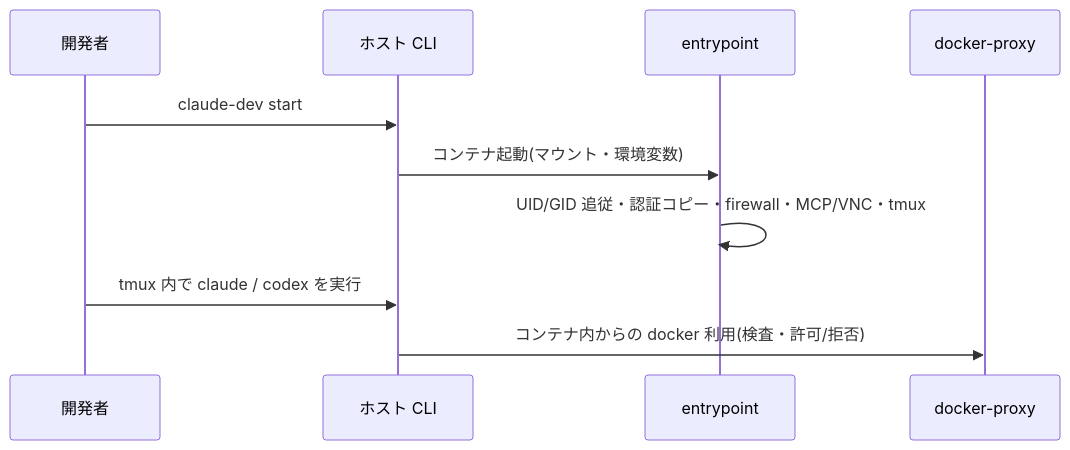
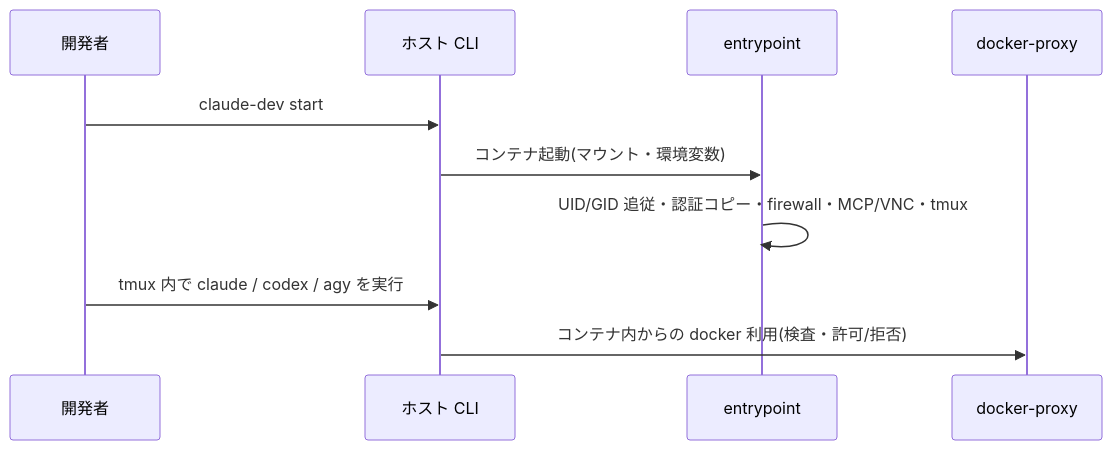
Before and after one commit to quvox/claude-dev-env: the second of 2 diagrams in docs/02-design/architecture.md, drawn with Mermaid. The commit also changed other lines of this file and 39 other files, not shown here.

First line of the commit message:
docs: agy の同梱・版・Google 認証の共有と claude-dev の版の名乗りを 00〜03・ux へ書き足す

````diff
--- a/docs/02-design/architecture.md
+++ b/docs/02-design/architecture.md
@@ -154,12 +155,12 @@
 ```mermaid
 sequenceDiagram
   participant U as 開発者
   participant CLI as ホスト CLI
   participant EP as entrypoint
   participant DP as docker-proxy
   U->>CLI: claude-dev start
   CLI->>EP: コンテナ起動(マウント・環境変数)
   EP->>EP: UID/GID 追従・認証コピー・firewall・MCP/VNC・tmux
-  U->>CLI: tmux 内で claude / codex を実行
+  U->>CLI: tmux 内で claude / codex / agy を実行
   CLI->>DP: コンテナ内からの docker 利用(検査・許可/拒否)
 ```
````
